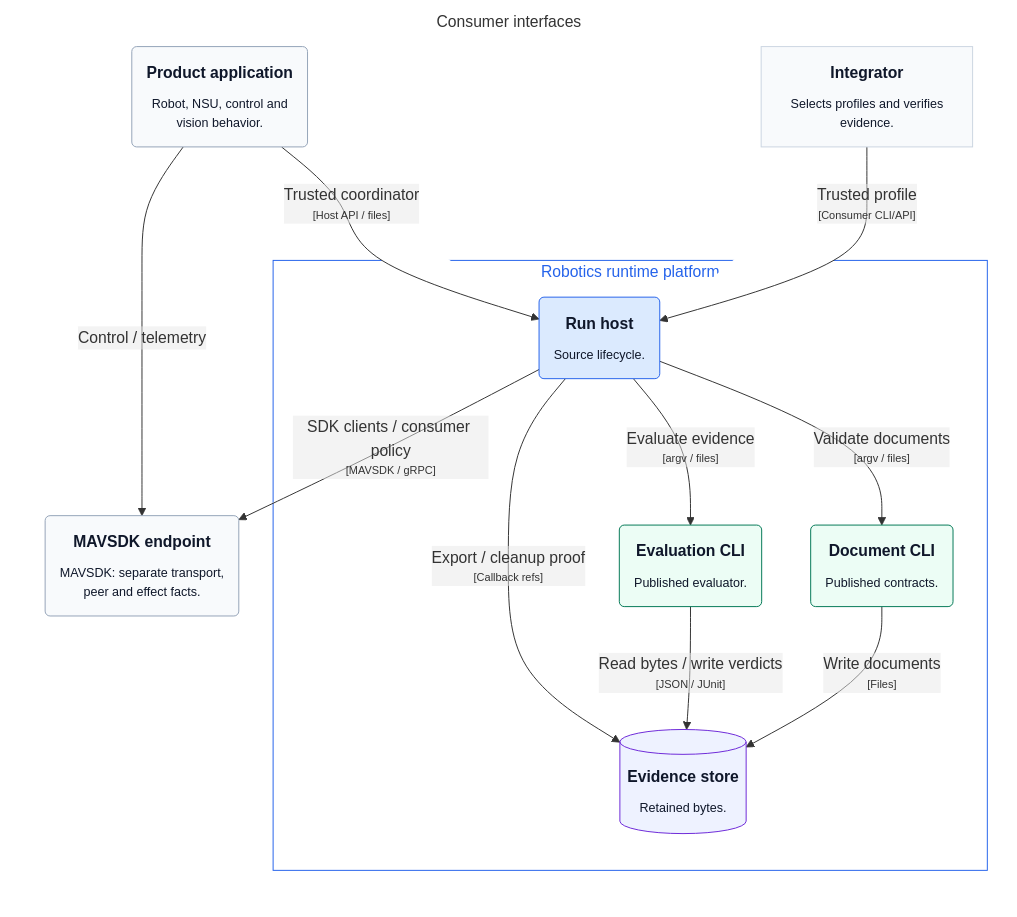
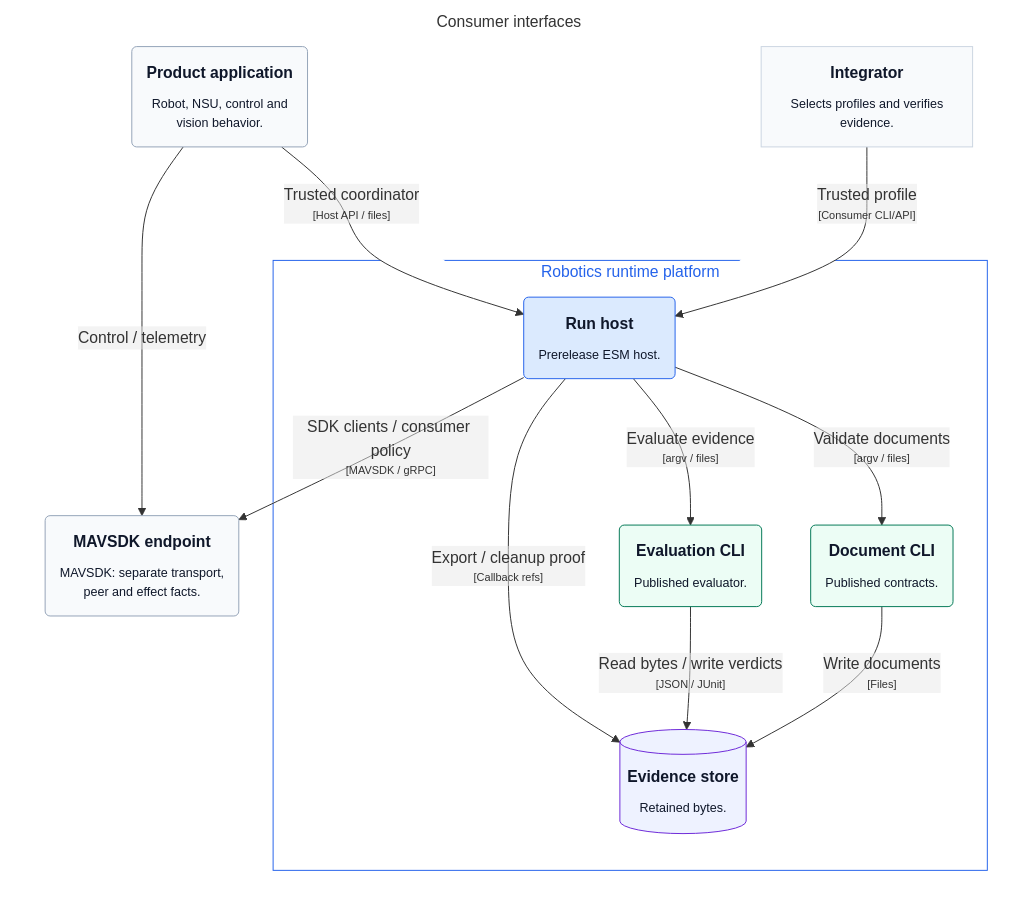
The diagram in docs/architecture/generated/structurizr-ConsumerInterfaces.mmd (mmkolpakov/robotics-runtime), drawn with Mermaid before and after one commit. The commit also changed 17 other files, not shown here.

Commit message:
Document the published core host and update architecture status

```diff
--- a/docs/architecture/generated/structurizr-ConsumerInterfaces.mmd
+++ b/docs/architecture/generated/structurizr-ConsumerInterfaces.mmd
@@ -1,37 +1,37 @@
 graph LR
   linkStyle default fill:#ffffff
 
   subgraph diagram ["Consumer interfaces"]
     style diagram fill:#ffffff,stroke:#ffffff
 
     1["<div style='font-weight: bold'>Integrator</div><div style='font-size: 80%; margin-top:10px'>Selects profiles and verifies<br />evidence.</div>"]
     style 1 fill:#f8fafc,stroke:#cbd5e1,color:#0f172a
     2("<div style='font-weight: bold'>Product application</div><div style='font-size: 80%; margin-top:10px'>Robot, NSU, control and<br />vision behavior.</div>")
     style 2 fill:#f8fafc,stroke:#94a3b8,color:#0f172a
     4("<div style='font-weight: bold'>MAVSDK endpoint</div><div style='font-size: 80%; margin-top:10px'>MAVSDK: separate transport,<br />peer and effect facts.</div>")
     style 4 fill:#f8fafc,stroke:#94a3b8,color:#0f172a
 
     subgraph 7 ["Robotics runtime platform"]
       style 7 fill:#ffffff,stroke:#2563eb,color:#2563eb
 
       10("<div style='font-weight: bold'>Evaluation CLI</div><div style='font-size: 80%; margin-top:10px'>Published evaluator.</div>")
       style 10 fill:#ecfdf5,stroke:#047857,color:#0f172a
       13[("<div style='font-weight: bold'>Evidence store</div><div style='font-size: 80%; margin-top:10px'>Retained bytes.</div>")]
       style 13 fill:#eef2ff,stroke:#6d28d9,color:#0f172a
-      8("<div style='font-weight: bold'>Run host</div><div style='font-size: 80%; margin-top:10px'>Source lifecycle.</div>")
+      8("<div style='font-weight: bold'>Run host</div><div style='font-size: 80%; margin-top:10px'>Prerelease ESM host.</div>")
       style 8 fill:#dbeafe,stroke:#2563eb,color:#0f172a
       9("<div style='font-weight: bold'>Document CLI</div><div style='font-size: 80%; margin-top:10px'>Published contracts.</div>")
       style 9 fill:#ecfdf5,stroke:#047857,color:#0f172a
     end
 
     2-- "<div>Control / telemetry</div><div style='font-size: 70%'></div>" -->4
     1-- "<div>Trusted profile</div><div style='font-size: 70%'>[Consumer CLI/API]</div>" -->8
     2-- "<div>Trusted coordinator</div><div style='font-size: 70%'>[Host API / files]</div>" -->8
     8-- "<div>Validate documents</div><div style='font-size: 70%'>[argv / files]</div>" -->9
     8-- "<div>Evaluate evidence</div><div style='font-size: 70%'>[argv / files]</div>" -->10
     8-- "<div>SDK clients / consumer policy</div><div style='font-size: 70%'>[MAVSDK / gRPC]</div>" -->4
     9-- "<div>Write documents</div><div style='font-size: 70%'>[Files]</div>" -->13
     10-- "<div>Read bytes / write verdicts</div><div style='font-size: 70%'>[JSON / JUnit]</div>" -->13
     8-- "<div>Export / cleanup proof</div><div style='font-size: 70%'>[Callback refs]</div>" -->13
 
   end
```
